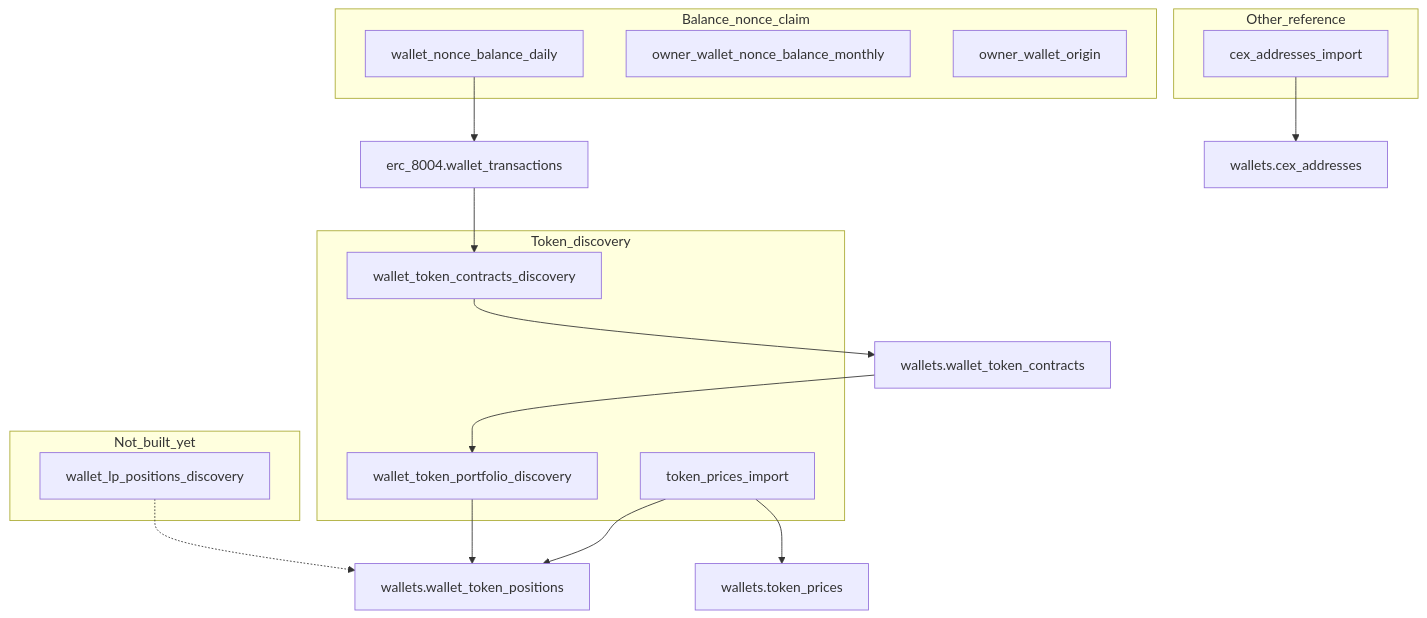
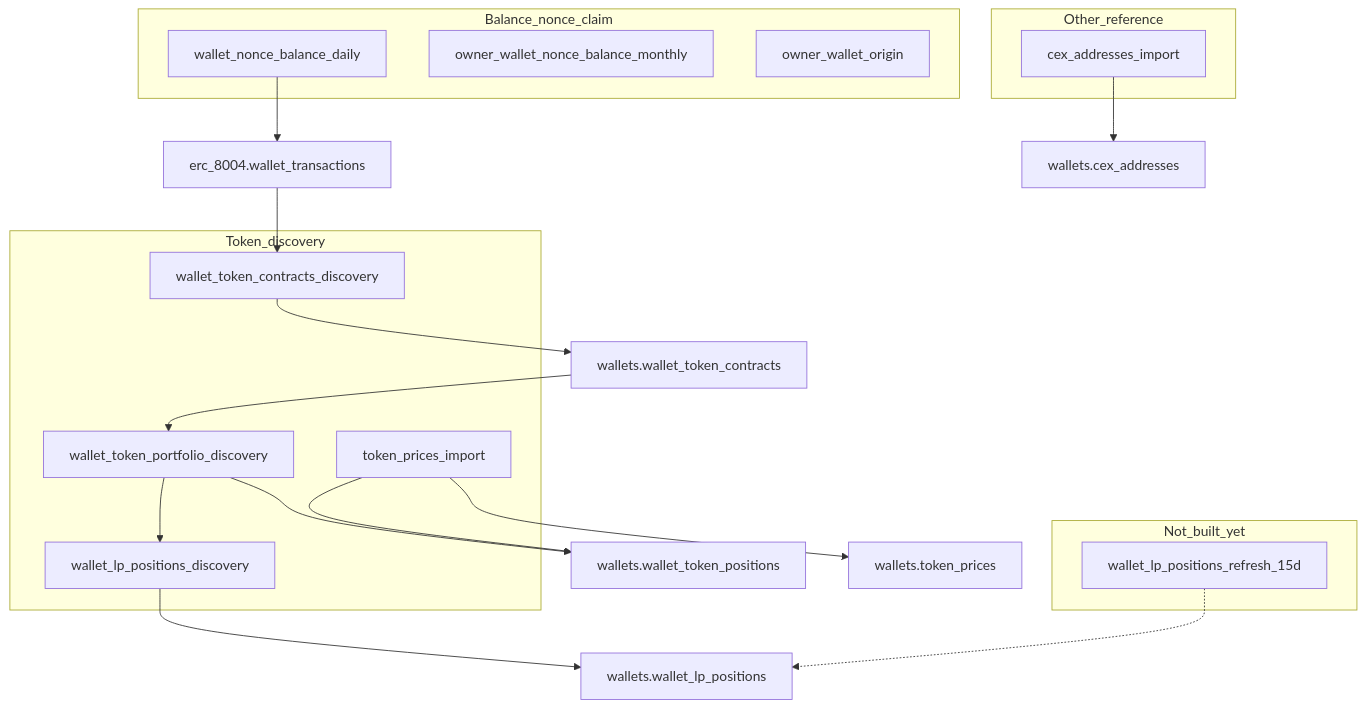
One commit to GlobalScoreAgent/gsa-workers changed the diagram in docs/PROCESSES.md. Above: the diagram before and after it, drawn with Mermaid. The commit also changed other lines of this file and 19 other files, not shown here.

First line of the commit message:
Add wallet_lp_positions_discovery worker and mark discovery live.

````diff
--- a/docs/PROCESSES.md
+++ b/docs/PROCESSES.md
@@ -9,28 +9,31 @@
 ```mermaid
 flowchart TB
   subgraph claimBalance [Balance_nonce_claim]
     daily[wallet_nonce_balance_daily]
     monthly[owner_wallet_nonce_balance_monthly]
     origin[owner_wallet_origin]
   end
   subgraph discovery [Token_discovery]
     contracts[wallet_token_contracts_discovery]
     portfolio[wallet_token_portfolio_discovery]
     prices[token_prices_import]
+    lp[wallet_lp_positions_discovery]
   end
   subgraph refdata [Other_reference]
     cex[cex_addresses_import]
   end
   subgraph pending [Not_built_yet]
-    lp[wallet_lp_positions_discovery]
+    lpRefresh[wallet_lp_positions_refresh_15d]
   end
   daily --> wt[erc_8004.wallet_transactions]
   wt --> contracts
   contracts --> wtc[wallets.wallet_token_contracts]
   wtc --> portfolio
   portfolio --> wtp[wallets.wallet_token_positions]
   prices --> wtp
   prices --> tpc[wallets.token_prices]
+  portfolio --> lp
+  lp --> wlp[wallets.wallet_lp_positions]
   cex --> cexT[wallets.cex_addresses]
-  lp -.-> wtp
+  lpRefresh -.-> wlp
 ```
````
